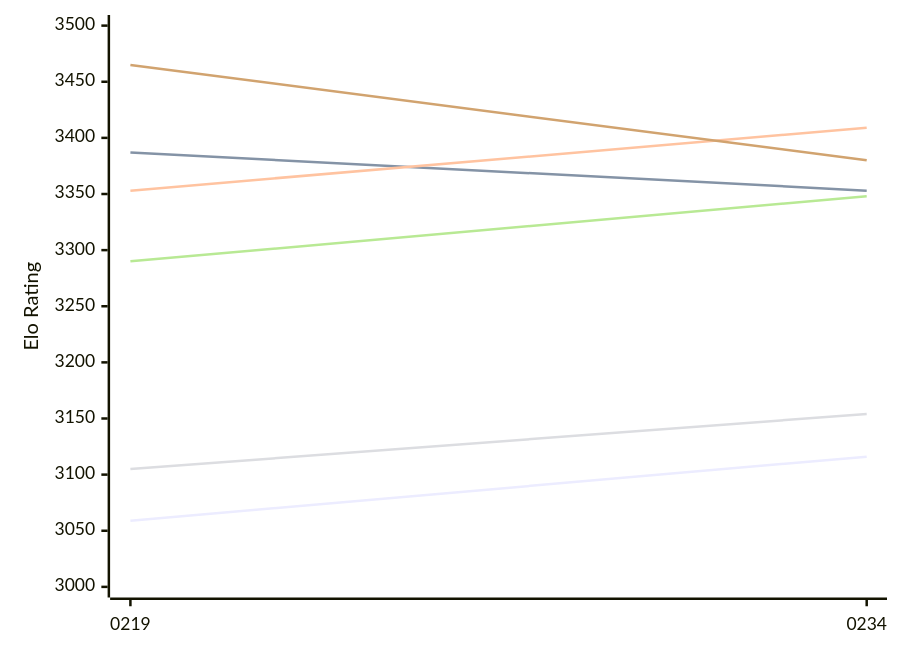
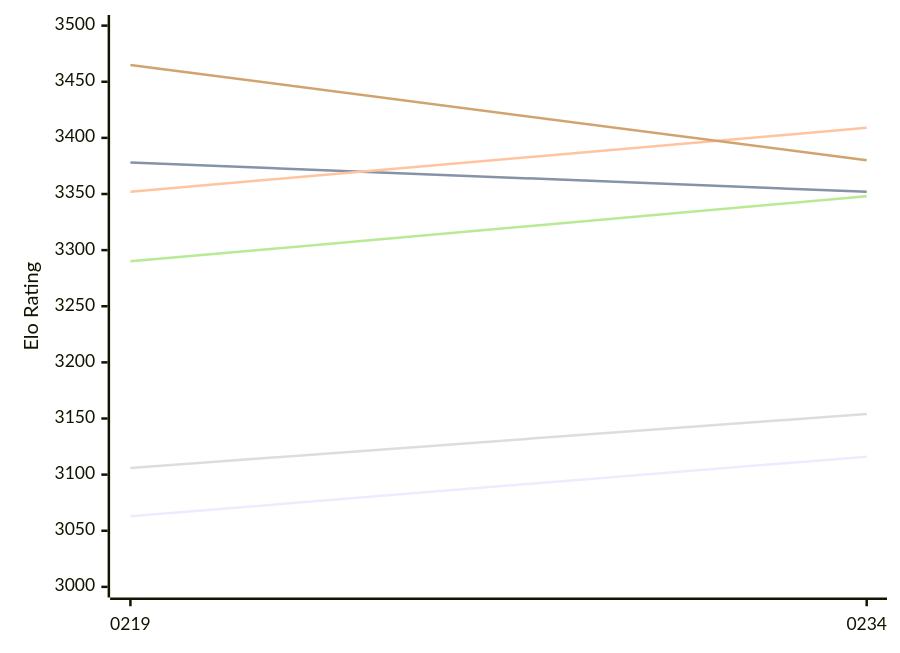
One commit to computer-chess-index/cci changed the first of 2 diagrams in engines/Ynode.md. Above: the diagram before and after it, drawn with Mermaid. The commit also changed other lines of this file, not shown here.

Commit message:
Update CCI Ratings (ELO VLTC) - 2026-11-28

````diff
--- a/engines/Ynode.md
+++ b/engines/Ynode.md
@@ -50,12 +50,12 @@
 ```mermaid
 %%{init: {"theme":"base","themeVariables":{"seriesColors:['#a3a3a3','#222221','#faa371']}}}%%
 xychart-beta
   x-axis ["0219", "0234"]
   y-axis "Elo Rating" 3000 --> 3500
-  line "E1: STC (8.0+0.08s)" [3059, 3116]
-  line "E1: LTC (60.0+0.60s)" [3387, 3353]
-  line "E1: VLTC (2m24s+1.12s)" [3353, 3409]
-  line "P1: STC (8.0+0.08s)" [3105, 3154]
+  line "E1: STC (8.0+0.08s)" [3063, 3116]
+  line "E1: LTC (60.0+0.60s)" [3378, 3352]
+  line "E1: VLTC (2m24s+1.12s)" [3352, 3409]
+  line "P1: STC (8.0+0.08s)" [3106, 3154]
   line "P1: LTC (60.0+0.60s)" [3290, 3348]
   line "P1: VLTC (2m24s+1.12s)" [3465, 3380]
 ```
````
